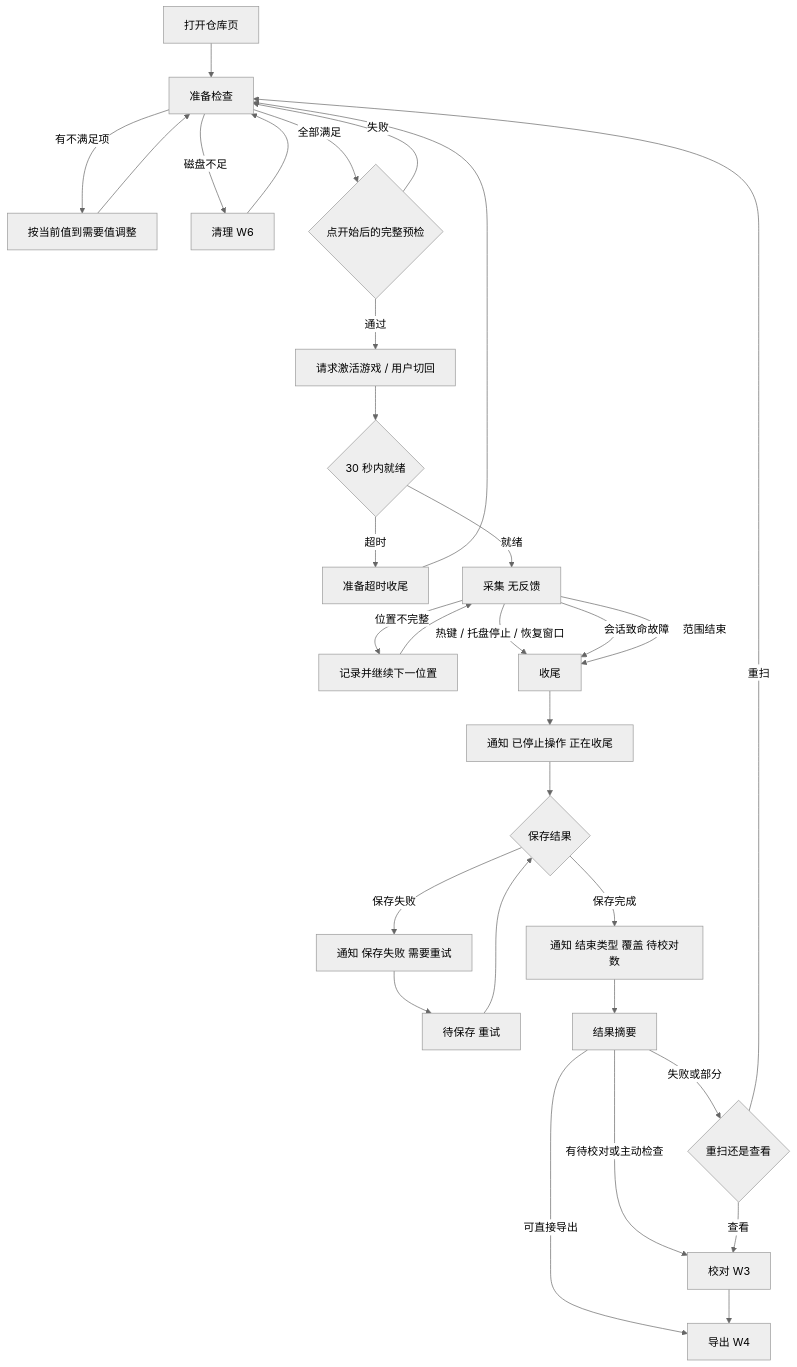
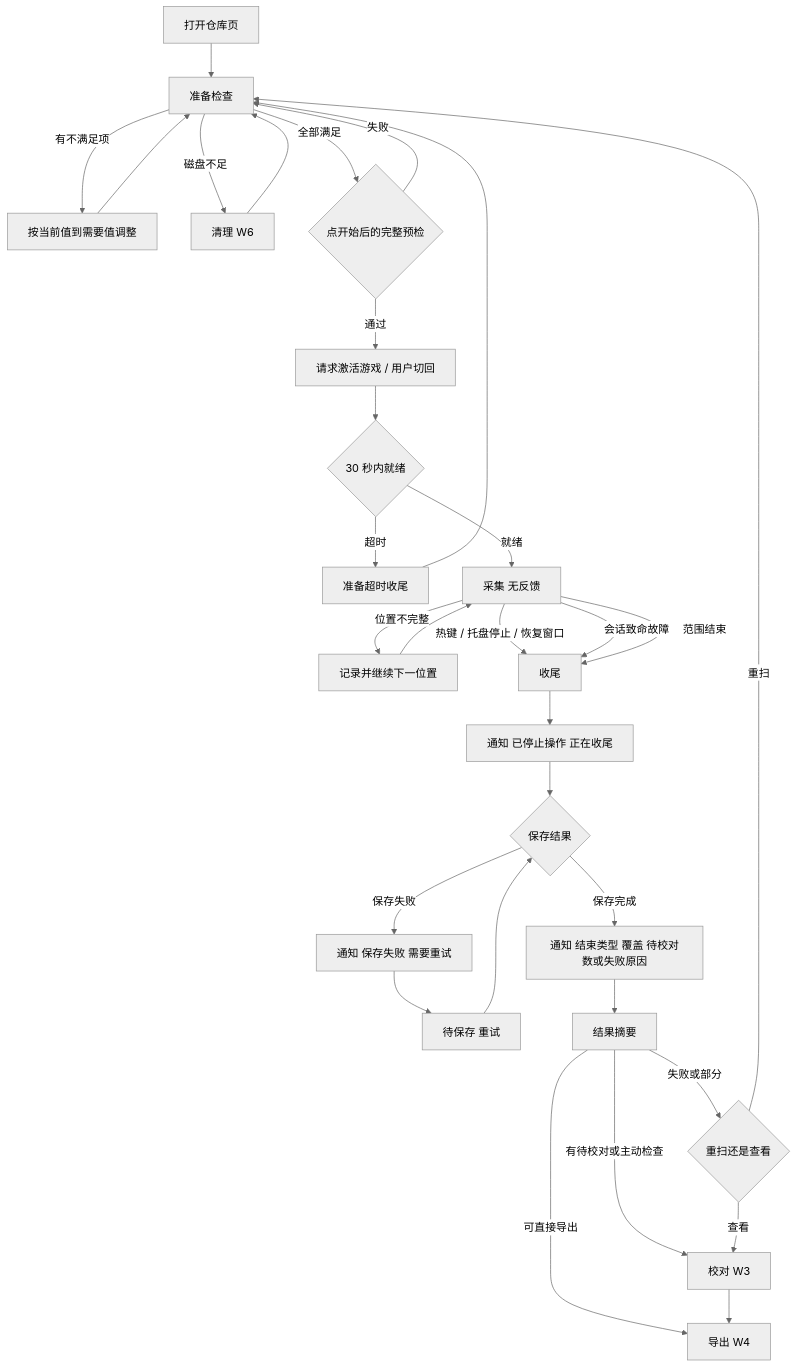
One commit to LoTwT/youkai changed the fifth of 11 diagrams in docs/design/uiux-2026-11/03-journeys-windows.md. Above: the diagram before and after it, drawn with Mermaid (neutral theme). The commit also changed other lines of this file and 4 other files, not shown here.

````diff
--- a/docs/design/uiux-2026-11/03-journeys-windows.md
+++ b/docs/design/uiux-2026-11/03-journeys-windows.md
@@ -194,28 +194,28 @@
 ```mermaid
 flowchart TD
   A[打开仓库页] --> B[准备检查]
   B -->|有不满足项| B1[按当前值到需要值调整] --> B
   B -->|磁盘不足| CL[清理 W6] --> B
   B -->|全部满足| C{点开始后的完整预检}
   C -->|失败| B
   C -->|通过| D[请求激活游戏 / 用户切回]
   D --> E{30 秒内就绪}
   E -->|超时| E1[准备超时收尾] --> B
   E -->|就绪| F[采集 无反馈]
   F -->|位置不完整| F1[记录并继续下一位置] --> F
   F -->|热键 / 托盘停止 / 恢复窗口| G[收尾]
   F -->|会话致命故障| G
   F -->|范围结束| G
   G --> N1[通知 已停止操作 正在收尾]
   N1 --> G2{保存结果}
   G2 -->|保存失败| N3[通知 保存失败 需要重试]
   N3 --> G1[待保存 重试] --> G2
-  G2 -->|保存完成| N2[通知 结束类型 覆盖 待校对数]
+  G2 -->|保存完成| N2[通知 结束类型 覆盖 待校对数或失败原因]
   N2 --> H[结果摘要]
   H -->|有待校对或主动检查| RV[校对 W3]
   H -->|可直接导出| EX[导出 W4]
   RV --> EX
   H -->|失败或部分| K{重扫还是查看}
   K -->|重扫| B
   K -->|查看| RV
 ```
````
